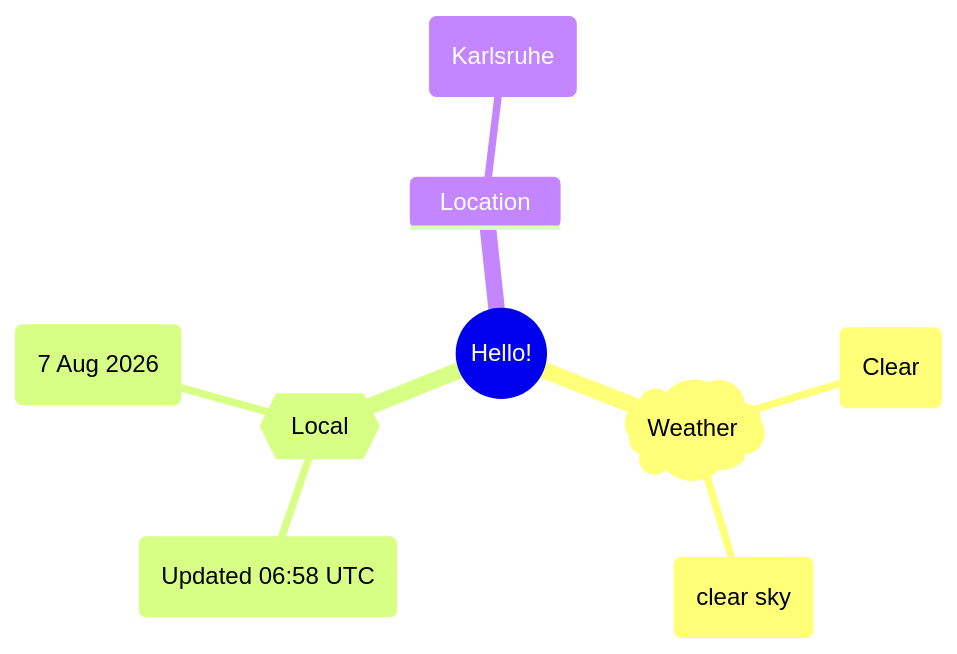
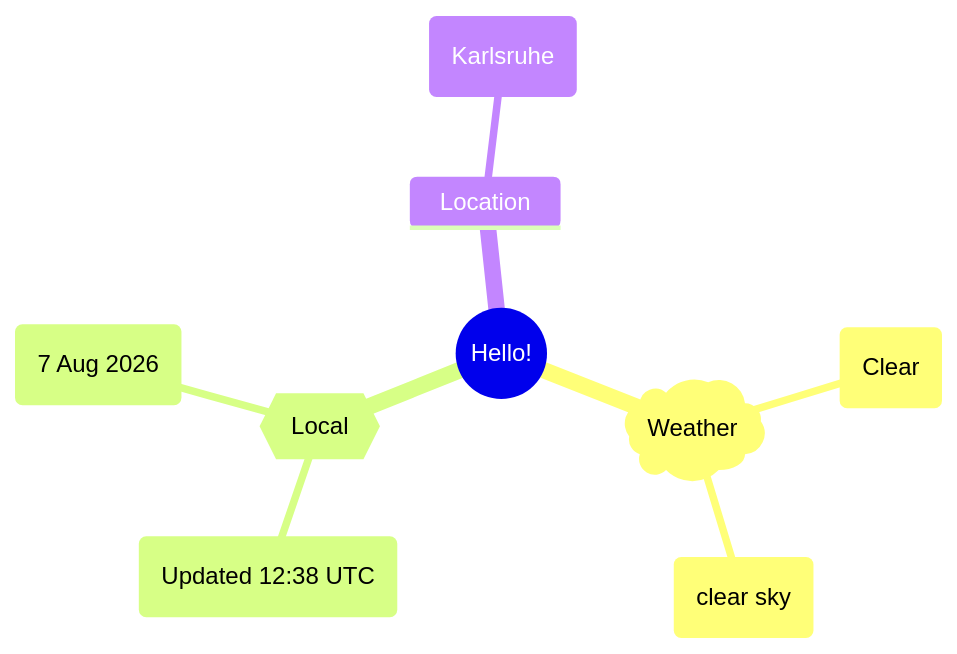
The first of 2 diagrams in README.md (Xosrov/Xosrov), drawn with Mermaid before and after one commit.

Commit message:
[bot] updated images

````diff
--- a/README.md
+++ b/README.md
@@ -3,12 +3,12 @@
 ```mermaid
 mindmap
   root((Hello!))
     )Weather(
         (Clear)
         (clear sky)
     {{Local}}
-        (Updated 06:58 UTC)
+        (Updated 12:38 UTC)
         (7 Aug 2026)
     Location
         (Karlsruhe)
 ```
````
